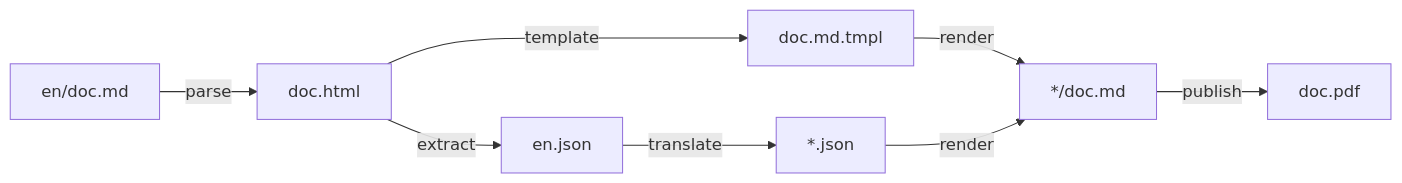
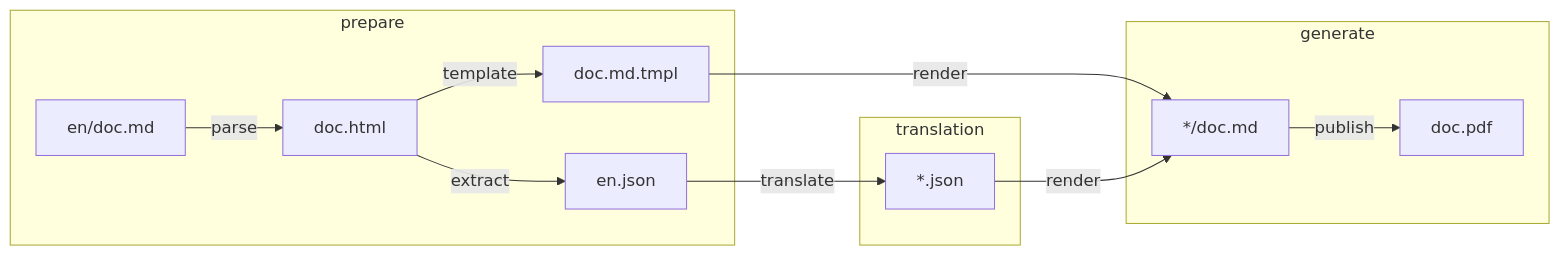
Before and after one commit to getlantern/illuminated: the diagram in README.md, drawn with Mermaid. The commit also changed 8 other files, not shown here.

````diff
--- a/README.md
+++ b/README.md
@@ -9,10 +9,17 @@
 ```mermaid
 flowchart LR
-  en/doc.md --> |parse| doc.html 
-  doc.html --> |extract| en.json
-  doc.html --> |template| doc.md.tmpl 
-  en.json --> |translate| *.json
-  doc.md.tmpl --> |render| */doc.md
-  *.json --> |render| */doc.md
-  */doc.md --> |publish| doc.pdf
+  subgraph prepare
+    en/doc.md --> |parse| doc.html 
+    doc.html --> |extract| en.json
+    doc.html --> |template| doc.md.tmpl 
+  end
+  subgraph translation
+    *.json
+  end
+  subgraph generate
+    en.json --> |translate| *.json
+    doc.md.tmpl --> |render| */doc.md
+    *.json --> |render| */doc.md
+    */doc.md --> |publish| doc.pdf
+  end
 ```
````
